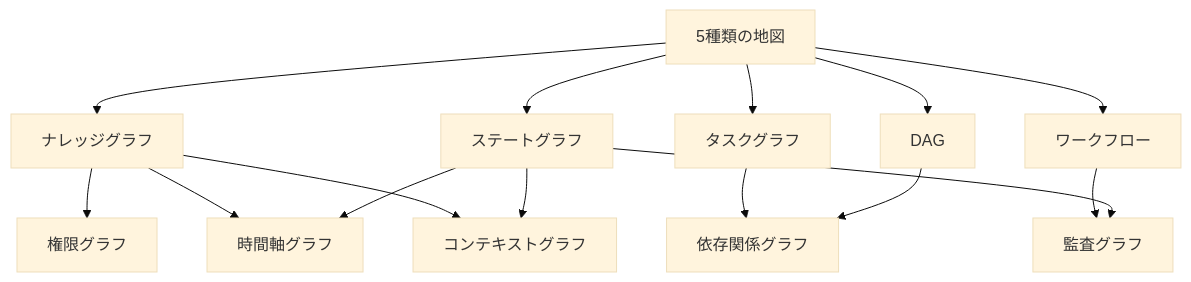
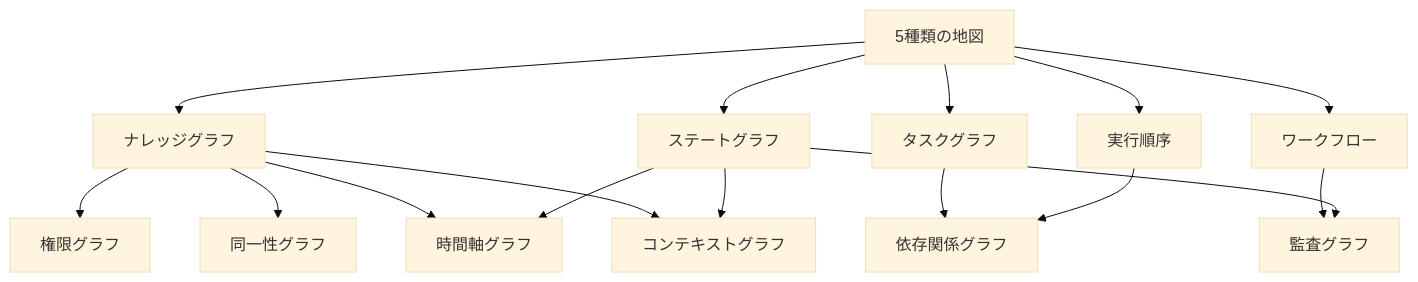
The first of 6 diagrams in articles/ai-agent-graph-specialization.md (DevRev-JP/tech-blog), drawn with Mermaid (base theme) before and after one commit. The commit also changed other lines of this file and 1 other file, not shown here.

First line of the commit message:
Publish article: シリーズ第1・2部の公開準備（役割分離・同一性グラフ・MDウィキ節）

````diff
--- a/articles/ai-agent-graph-specialization.md
+++ b/articles/ai-agent-graph-specialization.md
@@ -34,18 +36,19 @@
 ```mermaid
 flowchart TD
   base[5種類の地図]
   base --> kg[ナレッジグラフ]
   base --> tg[タスクグラフ]
-  base --> dag[DAG]
+  base --> dag[実行順序]
   base --> wf[ワークフロー]
   base --> sg[ステートグラフ]
   kg --> perm[権限グラフ]
+  kg --> identity[同一性グラフ]
   kg --> time[時間軸グラフ]
   kg --> ctx[コンテキストグラフ]
   sg --> time
   sg --> ctx
   tg --> dep[依存関係グラフ]
   dag --> dep
   wf --> audit[監査グラフ]
   sg --> audit
 ```
````
